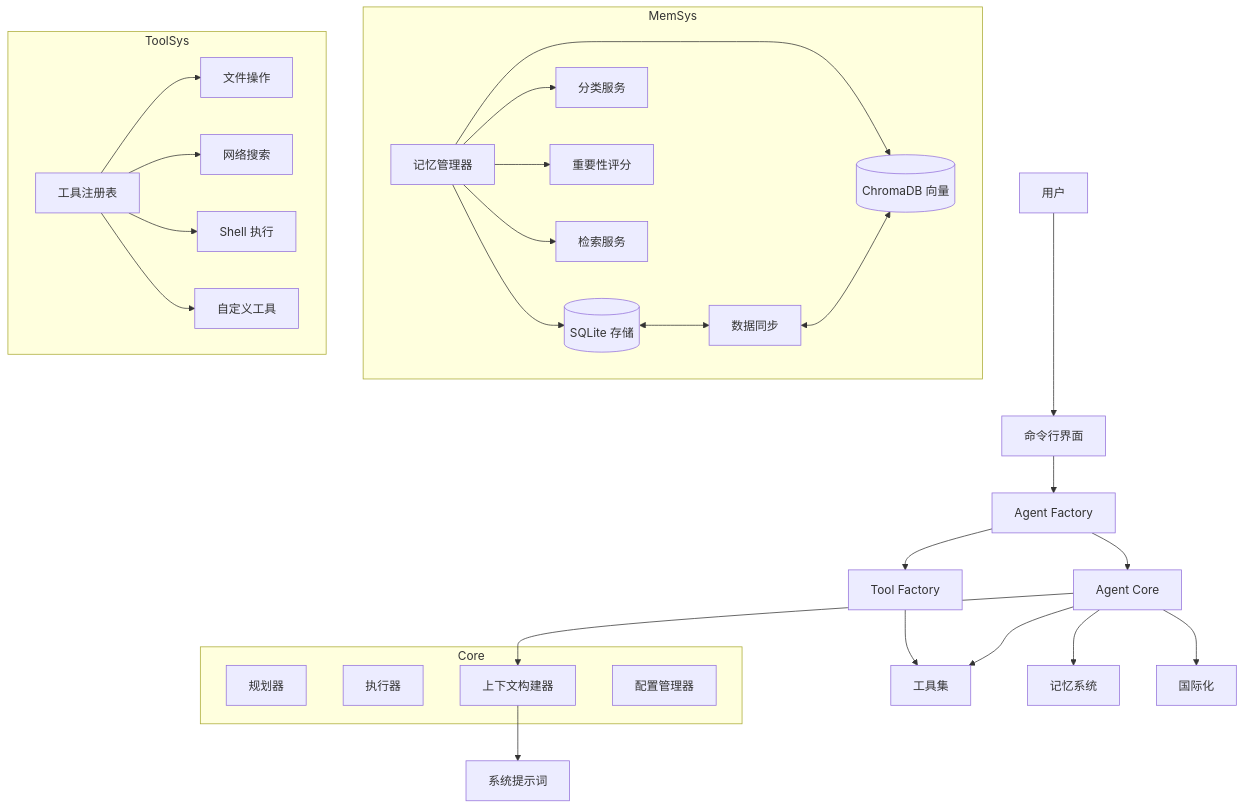
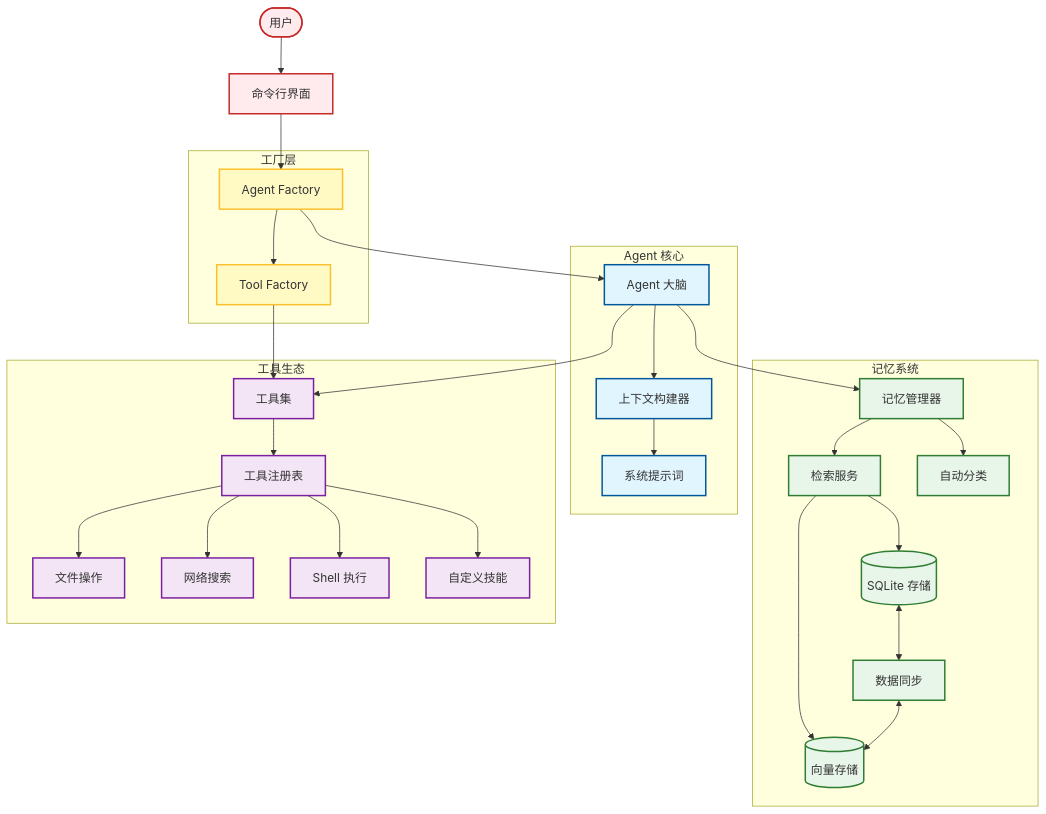
One commit to xt765/FinchBot changed the first of 4 diagrams in README_CN.md. Above: the diagram before and after it, drawn with Mermaid. The commit also changed 2 other files, not shown here.

Commit message:
Docs: Update Mermaid diagrams in READMEs and Blog to be more visual and structured

````diff
--- a/README_CN.md
+++ b/README_CN.md
@@ -90,53 +90,69 @@
 ```mermaid
 graph TD
-    User[用户] --> CLI[命令行界面]
-    CLI --> Factory[Agent Factory]
-    Factory --> Agent[Agent Core]
+    %% 样式定义
+    classDef core fill:#e1f5fe,stroke:#01579b,stroke-width:2px;
+    classDef factory fill:#fff9c4,stroke:#fbc02d,stroke-width:2px;
+    classDef memory fill:#e8f5e9,stroke:#2e7d32,stroke-width:2px;
+    classDef tools fill:#f3e5f5,stroke:#7b1fa2,stroke-width:2px;
+    classDef user fill:#ffebee,stroke:#c62828,stroke-width:2px;
 
-    subgraph Core
-        Planner[规划器]
-        Executor[执行器]
+    %% 用户交互层
+    User([用户]) --> CLI[命令行界面]
+    class User user
+    class CLI user
+
+    %% 工厂层
+    subgraph Factory_Layer [工厂层]
+        AgentFactory[Agent Factory]
+        ToolFactory[Tool Factory]
+    end
+    class AgentFactory,ToolFactory factory
+
+    CLI --> AgentFactory
+    AgentFactory --> Agent
+    AgentFactory --> ToolFactory
+    ToolFactory --> ToolSet
+
+    %% 核心层
+    subgraph Agent_Core [Agent 核心]
+        Agent[Agent 大脑]
         ContextBuilder[上下文构建器]
-        ConfigMgr[配置管理器]
+        SystemPrompt[系统提示词]
+        
+        Agent --> ContextBuilder
+        ContextBuilder --> SystemPrompt
     end
+    class Agent,ContextBuilder,SystemPrompt core
 
-    Agent --> ContextBuilder
-    ContextBuilder --> SystemPrompt[系统提示词]
+    %% 记忆系统
+    subgraph Memory_System [记忆系统]
+        MemoryMgr[记忆管理器]
+        SQLite[(SQLite 存储)]
+        Vector[(向量存储)]
+        Sync[数据同步]
+        
+        MemoryMgr --> Retrieval[检索服务]
+        MemoryMgr --> Classification[自动分类]
+        Retrieval --> SQLite
+        Retrieval --> Vector
+        SQLite <--> Sync <--> Vector
+    end
+    class MemoryMgr,SQLite,Vector,Sync,Retrieval,Classification memory
 
-    Factory --> ToolFactory[Tool Factory]
-    ToolFactory --> ToolSet[工具集]
+    Agent --> MemoryMgr
 
-    Agent --> MemoryMgr[记忆系统]
-    subgraph MemSys
-        Manager[记忆管理器]
-        SQLite[(SQLite 存储)]
-        Vector[(ChromaDB 向量)]
-        Sync[数据同步]
-        Classify[分类服务]
-        Importance[重要性评分]
-        Retrieval[检索服务]
+    %% 工具系统
+    subgraph Tool_Ecosystem [工具生态]
+        ToolSet[工具集]
+        ToolRegistry[工具注册表]
+        
+        ToolSet --> ToolRegistry
+        ToolRegistry --> File[文件操作]
+        ToolRegistry --> Web[网络搜索]
+        ToolRegistry --> Shell[Shell 执行]
+        ToolRegistry --> Custom[自定义技能]
     end
+    class ToolSet,ToolRegistry,File,Web,Shell,Custom tools
 
-    Manager --> SQLite
-    Manager --> Vector
-    Manager --> Classify
-    Manager --> Importance
-    Manager --> Retrieval
-    SQLite <--> Sync <--> Vector
-
-    Agent --> ToolSet[工具集]
-    subgraph ToolSys
-        Registry[工具注册表]
-        File[文件操作]
-        Web[网络搜索]
-        Shell[Shell 执行]
-        Custom[自定义工具]
-    end
-
-    Registry --> File
-    Registry --> Web
-    Registry --> Shell
-    Registry --> Custom
-
-    Agent --> I18n[国际化]
+    Agent --> ToolSet
 ```
````
